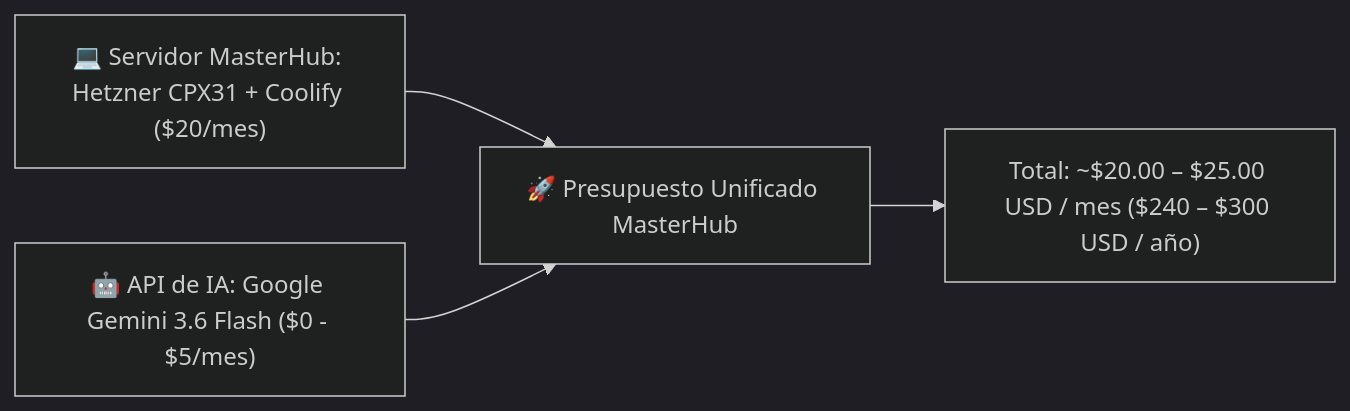
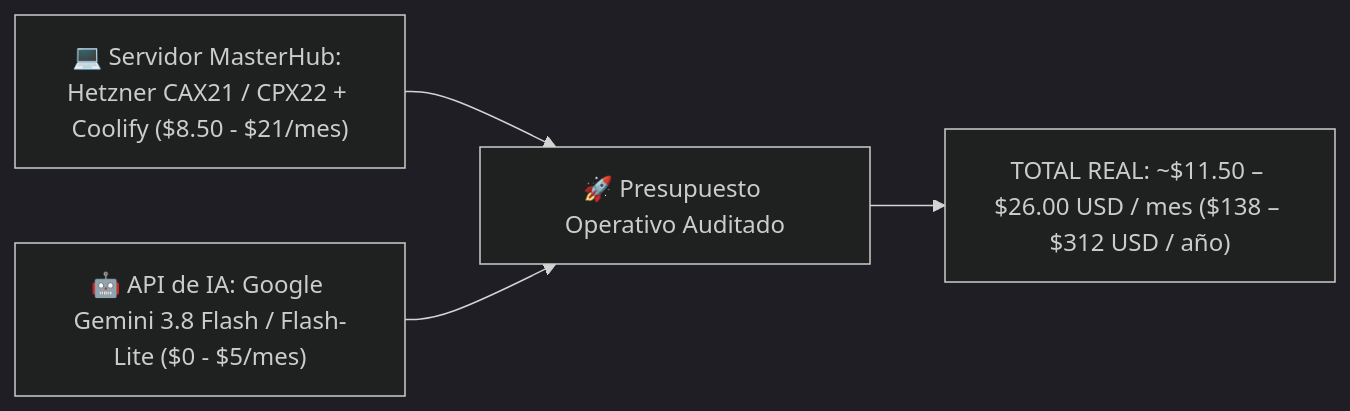
The diagram in wiki/proyectos/presupuesto-servidores-e-ia-masterhub.md (vmontoyasmtop/2brain-vmontoya), drawn with Mermaid (dark theme) before and after one commit. The commit also changed other lines of this file and 4 other files, not shown here.

Commit message:
fix(proposal): auditoria de precios reales 2026 de Hetzner y modelos de IA en 2brain y Google Docs [PROP-MGH-2026-004]

````diff
--- a/wiki/proyectos/presupuesto-servidores-e-ia-masterhub.md
+++ b/wiki/proyectos/presupuesto-servidores-e-ia-masterhub.md
@@ -63,6 +60,6 @@
 ```mermaid
 flowchart LR
-    A["💻 Servidor MasterHub: Hetzner CPX31 + Coolify ($20/mes)"] --> C["🚀 Presupuesto Unificado MasterHub"]
-    B["🤖 API de IA: Google Gemini 3.6 Flash ($0 - $5/mes)"] --> C
-    C --> D["Total: ~$20.00 – $25.00 USD / mes ($240 – $300 USD / año)"]
+    A["💻 Servidor MasterHub: Hetzner CAX21 / CPX22 + Coolify ($8.50 - $21/mes)"] --> C["🚀 Presupuesto Operativo Auditado"]
+    B["🤖 API de IA: Google Gemini 3.8 Flash / Flash-Lite ($0 - $5/mes)"] --> C
+    C --> D["TOTAL REAL: ~$11.50 – $26.00 USD / mes ($138 – $312 USD / año)"]
 ```
````
